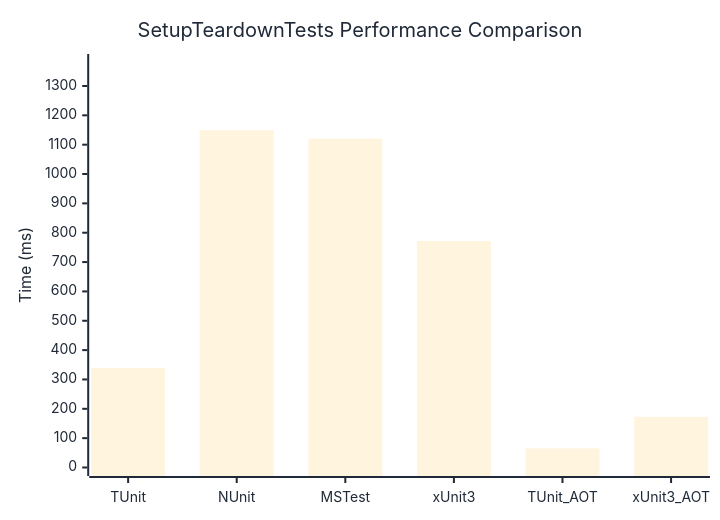
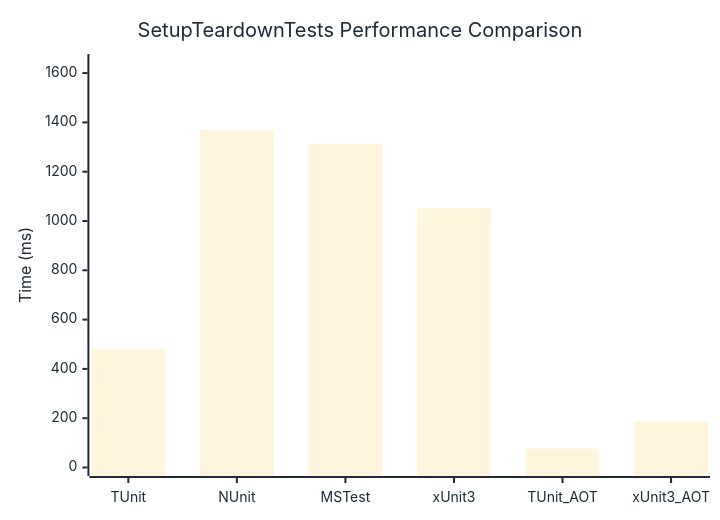
One commit to thomhurst/TUnit changed the diagram in docs/docs/benchmarks/engine/SetupTeardownTests.md. Above: the diagram before and after it, drawn with Mermaid. The commit also changed other lines of this file and 18 other files, not shown here.

````diff
--- a/docs/docs/benchmarks/engine/SetupTeardownTests.md
+++ b/docs/docs/benchmarks/engine/SetupTeardownTests.md
@@ -30,37 +30,37 @@
 ```mermaid
 %%{init: {
   'theme':'base',
   'themeVariables': {
     'primaryColor': '#2563eb',
     'primaryTextColor': '#1f2937',
     'primaryBorderColor': '#1e40af',
     'lineColor': '#6b7280',
     'secondaryColor': '#7c3aed',
     'tertiaryColor': '#dc2626',
     'background': '#ffffff',
     'mainBkg': '#2563eb',
     'secondBkg': '#7c3aed',
     'tertiaryBkg': '#dc2626',
     'clusterBkg': '#f3f4f6',
     'edgeLabelBackground': '#ffffff',
     'tertiaryTextColor': '#1f2937',
     'pie1': '#2563eb',
     'pie2': '#7c3aed',
     'pie3': '#dc2626',
     'pie4': '#f59e0b',
     'pie5': '#10b981',
     'pie6': '#06b6d4',
     'pie7': '#ec4899',
     'pie8': '#6366f1',
     'pie9': '#84cc16',
     'pie10': '#f97316',
     'pie11': '#14b8a6',
     'pie12': '#a855f7'
   }
 }}%%
 xychart-beta
   title "SetupTeardownTests Performance Comparison"
   x-axis ["TUnit", "NUnit", "MSTest", "xUnit3", "TUnit_AOT", "xUnit3_AOT"]
-  y-axis "Time (ms)" 0 --> 1380
-  bar [338.59, 1149.55, 1120.93, 771.67, 65.34, 172.7]
+  y-axis "Time (ms)" 0 --> 1643
+  bar [480.42, 1368.52, 1313.38, 1050.98, 76.99, 186.77]
 ```
````
